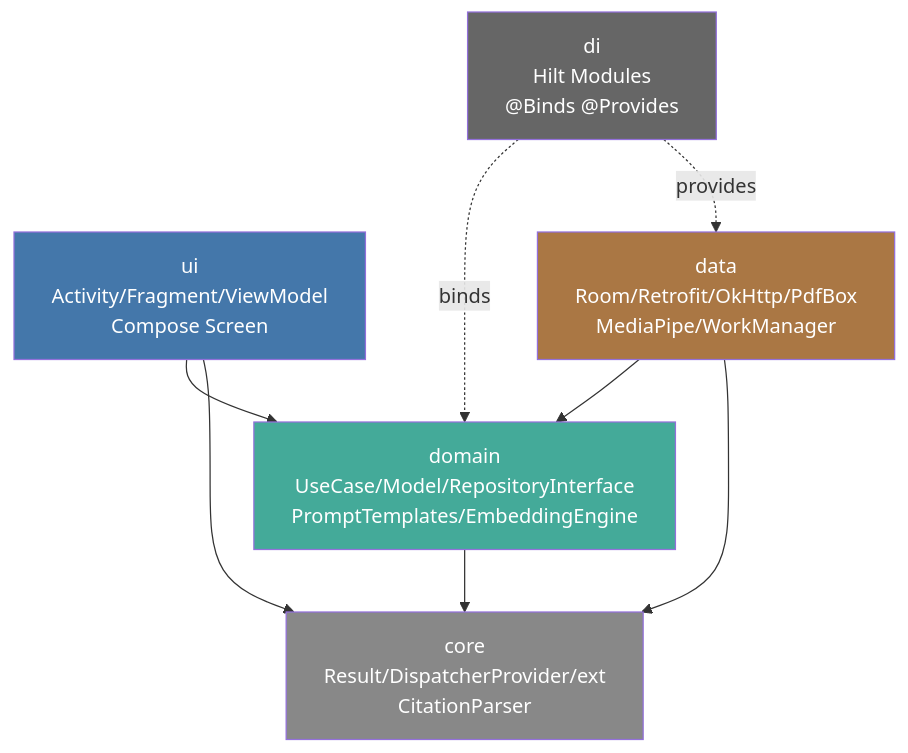
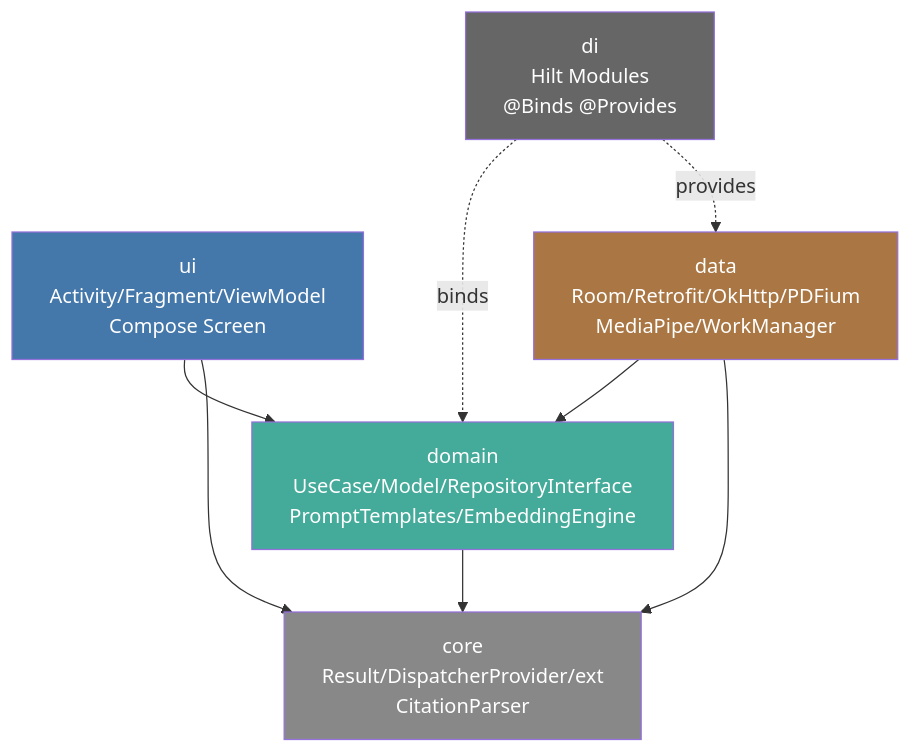
The first of 21 diagrams in docs/ARCHITECTURE.md (stuid-maker/pocketpdf-android), drawn with Mermaid before and after one commit. The commit also changed other lines of this file and 31 other files, not shown here.

````diff
--- a/docs/ARCHITECTURE.md
+++ b/docs/ARCHITECTURE.md
@@ -40,18 +40,18 @@
 ```mermaid
 graph TD
     UI[ui<br/>Activity/Fragment/ViewModel<br/>Compose Screen] --> DOMAIN
     DI[di<br/>Hilt Modules<br/>@Binds @Provides] -.binds.-> DOMAIN
     DI -.provides.-> DATA
-    DATA[data<br/>Room/Retrofit/OkHttp/PdfBox<br/>MediaPipe/WorkManager] --> DOMAIN
+    DATA[data<br/>Room/Retrofit/OkHttp/PDFium<br/>MediaPipe/WorkManager] --> DOMAIN
     DOMAIN[domain<br/>UseCase/Model/RepositoryInterface<br/>PromptTemplates/EmbeddingEngine]
     UI --> CORE
     DATA --> CORE
     DOMAIN --> CORE
     CORE[core<br/>Result/DispatcherProvider/ext<br/>CitationParser]
     
     style DOMAIN fill:#4a9,color:#fff
     style UI fill:#47a,color:#fff
     style DATA fill:#a74,color:#fff
     style DI fill:#666,color:#fff
     style CORE fill:#888,color:#fff
 ```
````
